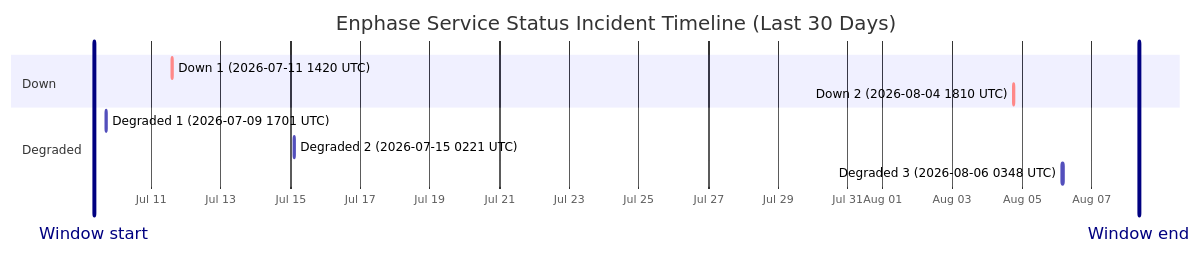
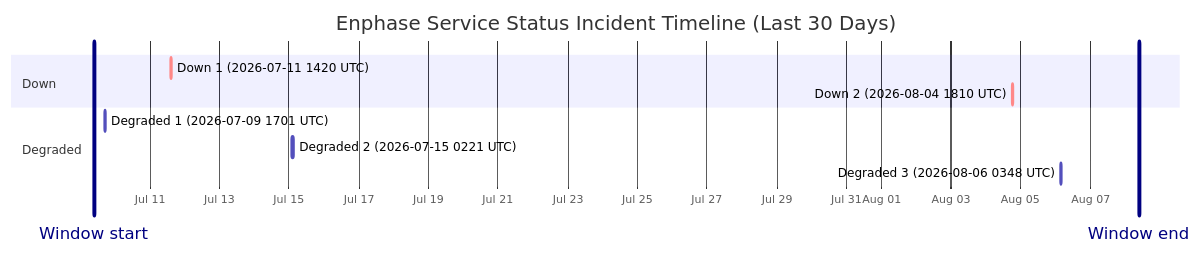
The diagram in wiki/Service-Status-History.md (barneyonline/ha-enphase-energy), drawn with Mermaid before and after one commit. The commit also changed other lines of this file and 3 other files, not shown here.

````diff
--- a/wiki/Service-Status-History.md
+++ b/wiki/Service-Status-History.md
@@ -14,15 +14,15 @@
 ```mermaid
 gantt
     title Enphase Service Status Incident Timeline (Last 30 Days)
     dateFormat  YYYY-MM-DDTHH:mm:ss
     axisFormat  %b %d
-    Window start :vert, window-start, 2026-07-09T08:37:59, 0ms
-    Window end :vert, window-end, 2026-08-08T08:37:59, 0ms
+    Window start :vert, window-start, 2026-07-09T09:35:35, 0ms
+    Window end :vert, window-end, 2026-08-08T09:35:35, 0ms
     section Down
     Down 1 (2026-07-11 1420 UTC) :crit, down-1, 2026-07-11T14:20:54, 69m
     Down 2 (2026-08-04 1810 UTC) :crit, down-2, 2026-08-04T18:10:46, 60m
     section Degraded
     Degraded 1 (2026-07-09 1701 UTC) :active, degraded-1, 2026-07-09T17:01:02, 60m
     Degraded 2 (2026-07-15 0221 UTC) :active, degraded-2, 2026-07-15T02:21:35, 60m
     Degraded 3 (2026-08-06 0348 UTC) :active, degraded-3, 2026-08-06T03:48:14, 60m
 ```
````
